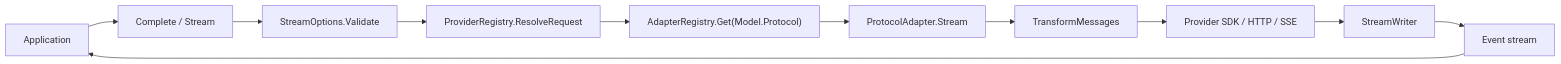
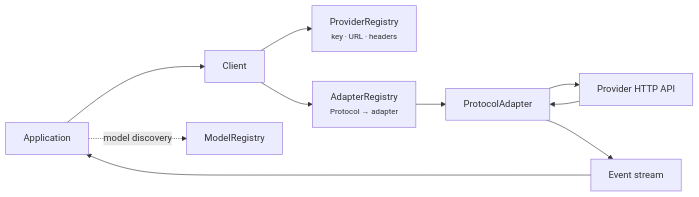
One commit to ktsoator/or changed the first of 2 diagrams in docs/llm/developer-guide.md. Above: the diagram before and after it, drawn with Mermaid. The commit also changed other lines of this file and 55 other files, not shown here.

````diff
--- a/docs/llm/developer-guide.md
+++ b/docs/llm/developer-guide.md
@@ -58,13 +53,10 @@
 ```mermaid
 flowchart LR
-    app["Application"] --> entry["Complete / Stream"]
-    entry --> validate["StreamOptions.Validate"]
-    validate --> providers["ProviderRegistry.ResolveRequest"]
-    providers --> registry["AdapterRegistry.Get(Model.Protocol)"]
-    registry --> adapter["ProtocolAdapter.Stream"]
-    adapter --> transform["TransformMessages"]
-    transform --> sdk["Provider SDK / HTTP / SSE"]
-    sdk --> writer["StreamWriter"]
-    writer --> events["Event stream"]
-    events --> app
+    app["Application"] --> client["Client"]
+    client --> providers["ProviderRegistry<br/><small>key · URL · headers</small>"]
+    client --> adapters["AdapterRegistry<br/><small>Protocol → adapter</small>"]
+    app -. model discovery .-> models["ModelRegistry"]
+    adapters --> adapter["ProtocolAdapter"]
+    adapter --> provider["Provider HTTP API"]
+    provider --> adapter --> events["Event stream"] --> app
 ```
````
